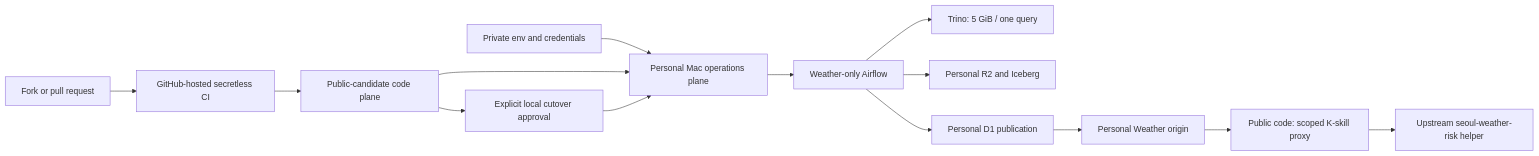
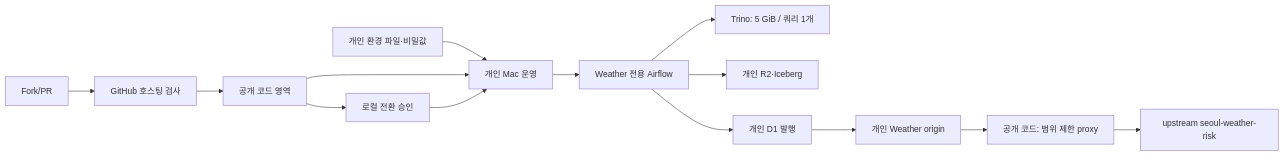
One commit to masondev1024/seoul-weather-platform changed the diagram in docs/architecture/public-private-operations-boundary.md. Above: the diagram before and after it, drawn with Mermaid. The commit also changed other lines of this file and 65 other files, not shown here.

First line of the commit message:
feat: add safe weather recovery control plane

````diff
--- a/docs/architecture/public-private-operations-boundary.md
+++ b/docs/architecture/public-private-operations-boundary.md
@@ -11,16 +7,16 @@
 ```mermaid
 flowchart LR
-    Fork["Fork or pull request"] --> HostedCI["GitHub-hosted secretless CI"]
-    HostedCI --> Code["Public-candidate code plane"]
-    Code --> Approval["Explicit local cutover approval"]
-    Secrets["Private env and credentials"] --> Mac["Personal Mac operations plane"]
+    Fork["Fork/PR"] --> CI["GitHub 호스팅 검사"]
+    CI --> Code["공개 코드 영역"]
+    Code --> Approval["로컬 전환 승인"]
+    Secret["개인 환경 파일·비밀값"] --> Mac["개인 Mac 운영"]
     Code --> Mac
     Approval --> Mac
-    Mac --> Airflow["Weather-only Airflow"]
-    Airflow --> Trino["Trino: 5 GiB / one query"]
-    Airflow --> R2["Personal R2 and Iceberg"]
-    Airflow --> D1["Personal D1 publication"]
-    D1 --> Worker["Personal Weather origin"]
-    Worker --> Proxy["Public code: scoped K-skill proxy"]
-    Proxy --> Skill["Upstream seoul-weather-risk helper"]
+    Mac --> Airflow["Weather 전용 Airflow"]
+    Airflow --> Trino["Trino: 5 GiB / 쿼리 1개"]
+    Airflow --> R2["개인 R2·Iceberg"]
+    Airflow --> D1["개인 D1 발행"]
+    D1 --> Worker["개인 Weather origin"]
+    Worker --> Proxy["공개 코드: 범위 제한 proxy"]
+    Proxy --> Skill["upstream seoul-weather-risk"]
 ```
````
